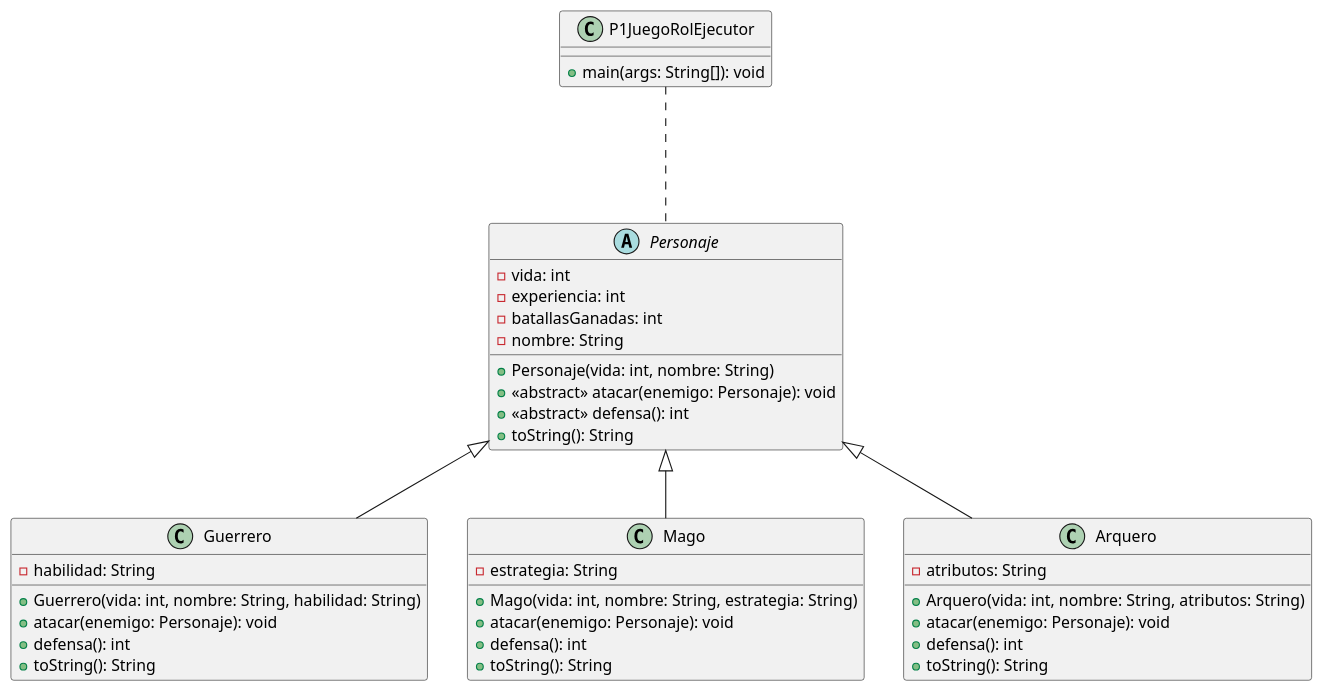
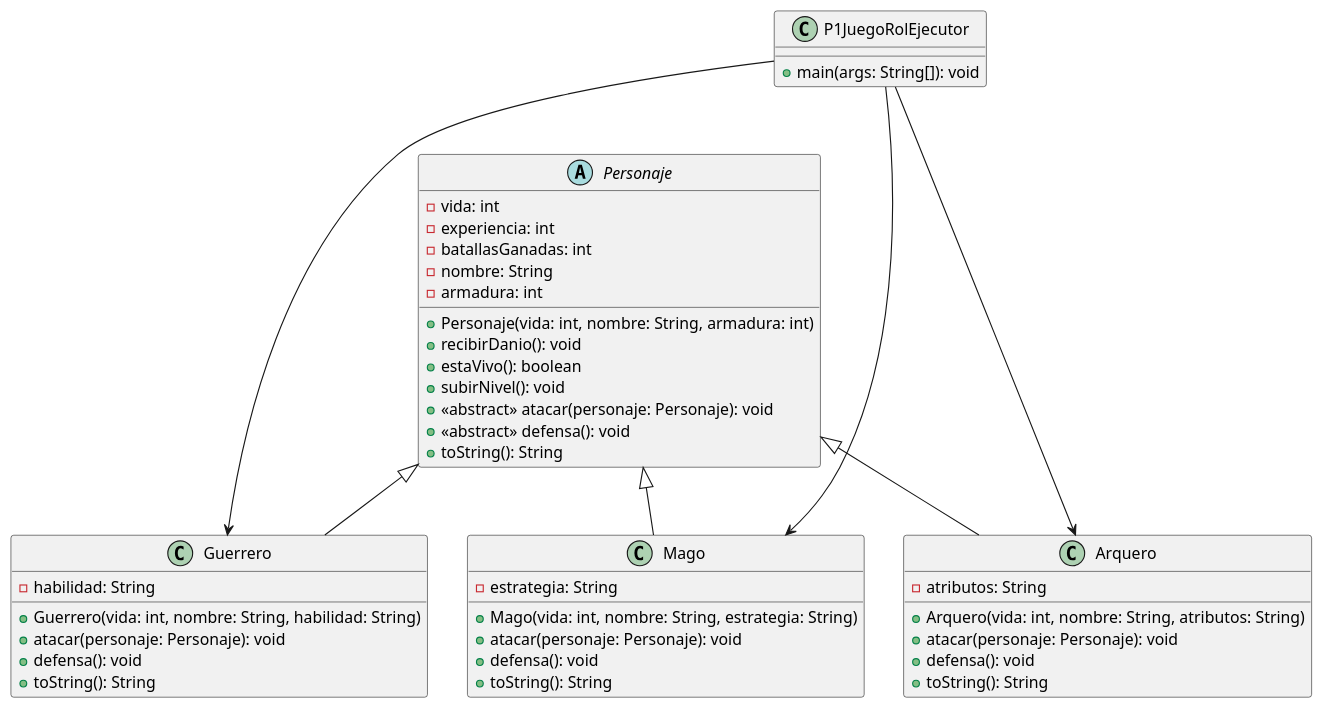
One commit to POO-B-AA25/apeb2-taller8-g2 changed the diagram in Modelos_UML/problem1.puml. Above: the diagram before and after it, drawn with PlantUML. The commit also changed 7 other files, not shown here.

```diff
--- a/Modelos_UML/problem1.puml
+++ b/Modelos_UML/problem1.puml
@@ -1,45 +1,51 @@
 @startuml
 abstract class Personaje {
     - vida: int
     - experiencia: int
     - batallasGanadas: int
     - nombre: String
-    + Personaje(vida: int, nombre: String)
-    + <<abstract>> atacar(enemigo: Personaje): void
-    + <<abstract>> defensa(): int
+    - armadura: int
+    + Personaje(vida: int, nombre: String, armadura: int)
+    + recibirDanio(): void
+    + estaVivo(): boolean
+    + subirNivel(): void
+    + <<abstract>> atacar(personaje: Personaje): void
+    + <<abstract>> defensa(): void
     + toString(): String
 }
 
 class Guerrero {
     - habilidad: String
     + Guerrero(vida: int, nombre: String, habilidad: String)
-    + atacar(enemigo: Personaje): void
-    + defensa(): int
+    + atacar(personaje: Personaje): void
+    + defensa(): void
     + toString(): String
 }
 
 class Mago {
     - estrategia: String
     + Mago(vida: int, nombre: String, estrategia: String)
-    + atacar(enemigo: Personaje): void
-    + defensa(): int
+    + atacar(personaje: Personaje): void
+    + defensa(): void
     + toString(): String
 }
 
 class Arquero {
     - atributos: String
     + Arquero(vida: int, nombre: String, atributos: String)
-    + atacar(enemigo: Personaje): void
-    + defensa(): int
+    + atacar(personaje: Personaje): void
+    + defensa(): void
     + toString(): String
 }
 
 class P1JuegoRolEjecutor {
     + main(args: String[]): void
 }
 
 Personaje <|-- Guerrero
 Personaje <|-- Mago
 Personaje <|-- Arquero
-P1JuegoRolEjecutor ... Personaje
+P1JuegoRolEjecutor ---> Guerrero
+P1JuegoRolEjecutor ---> Mago
+P1JuegoRolEjecutor ---> Arquero
 @enduml
```
